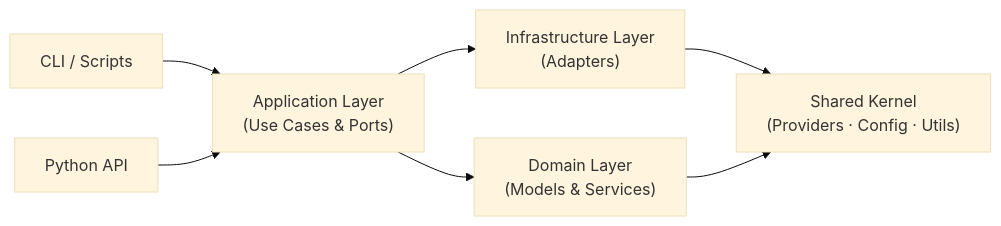
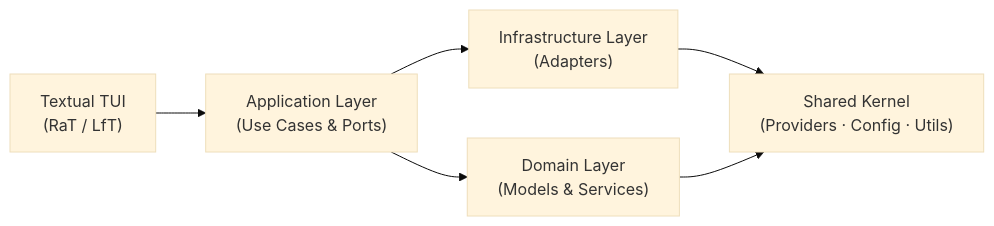
The diagram in README.md (C1M0N/Memosyne), drawn with Mermaid (base theme) before and after one commit. The commit also changed other lines of this file and 57 other files, not shown here.

````diff
--- a/README.md
+++ b/README.md
@@ -539,16 +475,14 @@
 ```mermaid
 flowchart LR
-    CLI["CLI / Scripts"]
-    API["Python API"]
+    TUI["Textual TUI<br/>(RaT / LfT)"]
     App["Application Layer<br/>(Use Cases & Ports)"]
     Infra["Infrastructure Layer<br/>(Adapters)"]
     Domain["Domain Layer<br/>(Models & Services)"]
     Shared["Shared Kernel<br/>(Providers · Config · Utils)"]
 
-    CLI --> App
-    API --> App
+    TUI --> App
     App --> Domain
     App --> Infra
     Infra --> Shared
     Domain --> Shared
 ```
````
